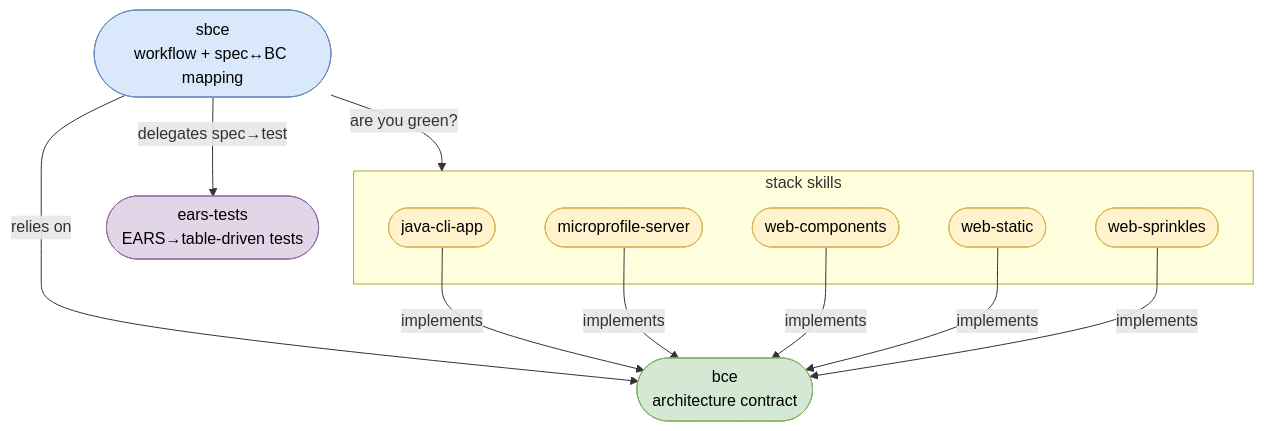
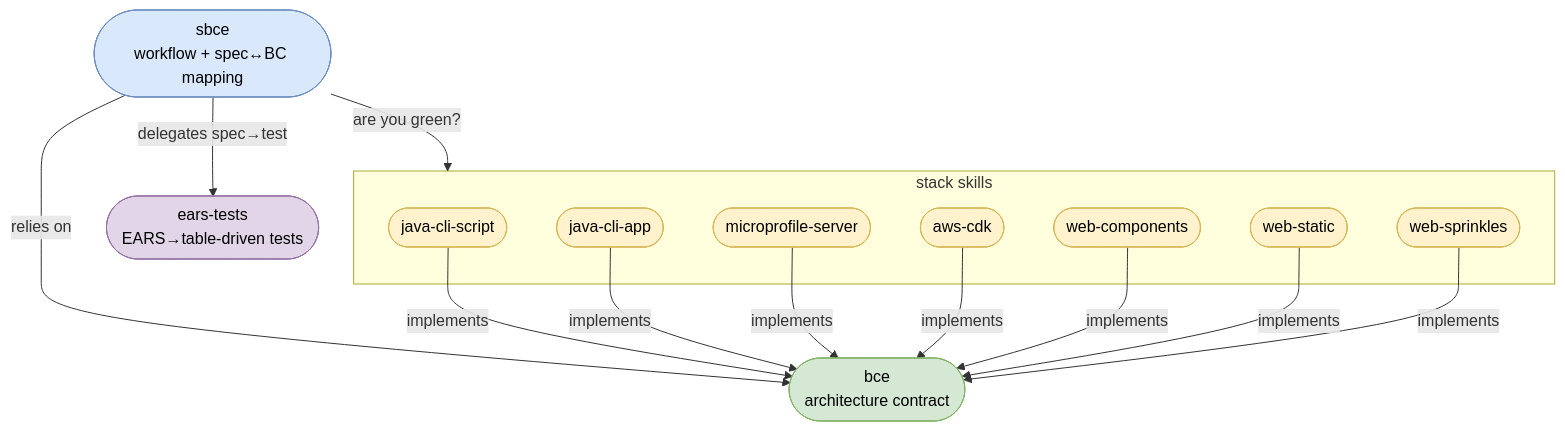
One commit to AdamBien/airails changed the diagram in bce/sbce/README.md. Above: the diagram before and after it, drawn with Mermaid. The commit also changed other lines of this file, not shown here.

Commit message:
java-cli-script and aws-cdk skills added to the diagram

````diff
--- a/bce/sbce/README.md
+++ b/bce/sbce/README.md
@@ -38,32 +40,36 @@
 ```mermaid
 graph TD
     SBCE([sbce<br>workflow + spec↔BC mapping])
     BCE([bce<br>architecture contract])
     EARS([ears-tests<br>EARS→table-driven tests])
 
     subgraph StackSkills[stack skills]
+        JavaScript([java-cli-script])
         JavaCli([java-cli-app])
         MicroProfile([microprofile-server])
+        AwsCdk([aws-cdk])
         WebComponents([web-components])
         WebStatic([web-static])
         WebSprinkles([web-sprinkles])
     end
 
     SBCE -->|relies on| BCE
     SBCE -->|delegates spec→test| EARS
     SBCE -->|"are you green?"| StackSkills
+    JavaScript -->|implements| BCE
     JavaCli -->|implements| BCE
     MicroProfile -->|implements| BCE
+    AwsCdk -->|implements| BCE
     WebComponents -->|implements| BCE
     WebStatic -->|implements| BCE
     WebSprinkles -->|implements| BCE
 
     classDef workflow fill:#dae8fc,stroke:#6c8ebf,color:#000
     classDef contract fill:#d5e8d4,stroke:#82b366,color:#000
     classDef transform fill:#e1d5e7,stroke:#9673a6,color:#000
     classDef stack fill:#fff2cc,stroke:#d6b656,color:#000
     class SBCE workflow
     class BCE contract
     class EARS transform
-    class JavaCli,MicroProfile,WebComponents,WebStatic,WebSprinkles stack
+    class JavaScript,JavaCli,MicroProfile,AwsCdk,WebComponents,WebStatic,WebSprinkles stack
 ```
````
